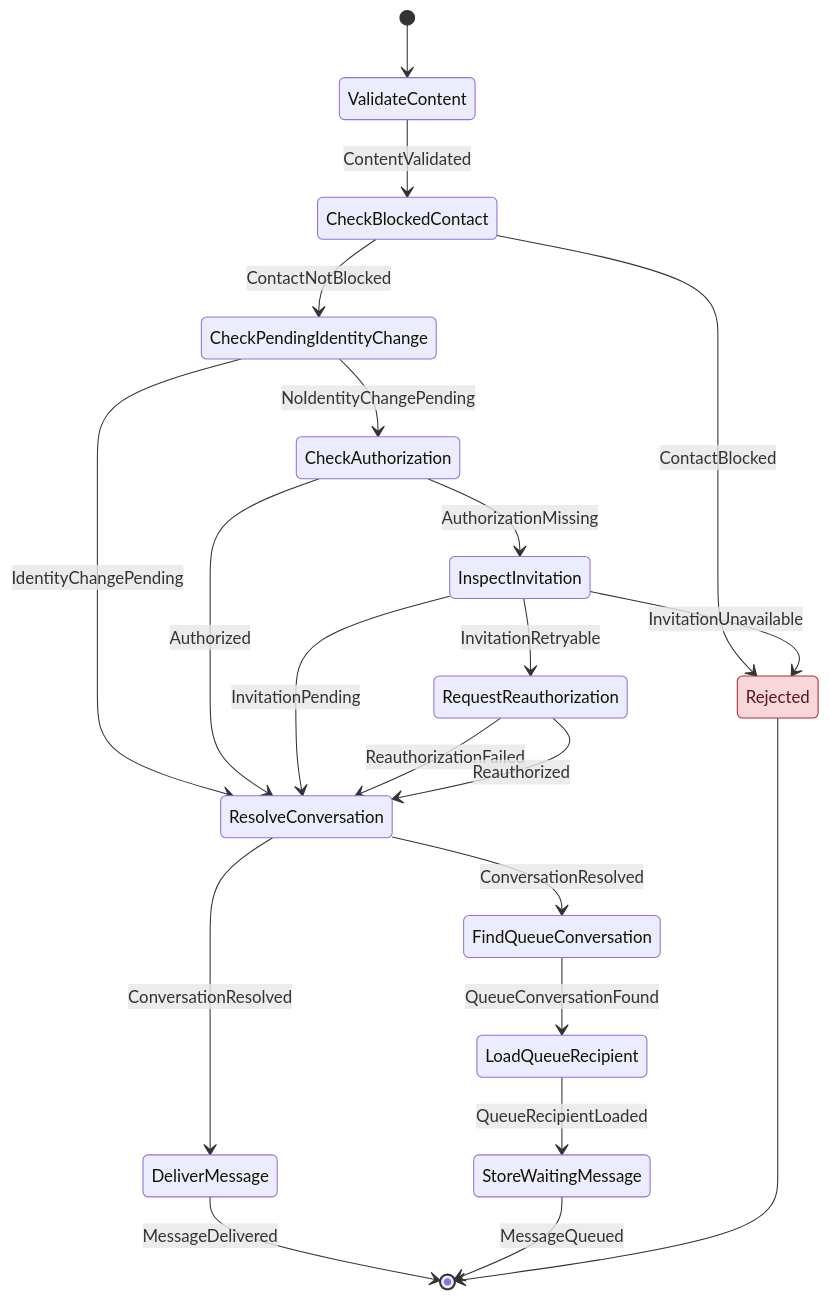
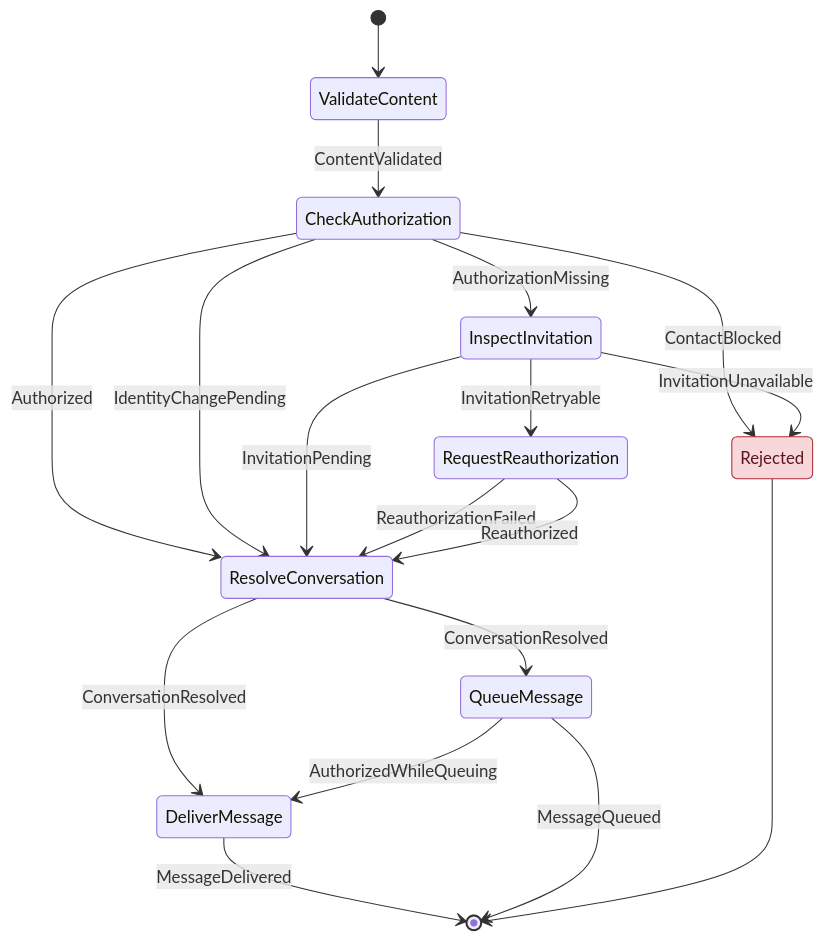
The ninth of 27 diagrams in docs/architecture/workflows/message.md (cbgm/Sparrow), drawn with Mermaid before and after one commit. The commit also changed other lines of this file and 377 other files, not shown here.

````diff
--- a/docs/architecture/workflows/message.md
+++ b/docs/architecture/workflows/message.md
@@ -203,25 +275,22 @@
 ```mermaid
 stateDiagram-v2
     [*] --> ValidateContent
-    ValidateContent --> CheckBlockedContact : ContentValidated
-    CheckBlockedContact --> Rejected : ContactBlocked
-    CheckBlockedContact --> CheckPendingIdentityChange : ContactNotBlocked
-    CheckPendingIdentityChange --> ResolveConversation : IdentityChangePending
-    CheckPendingIdentityChange --> CheckAuthorization : NoIdentityChangePending
+    ValidateContent --> CheckAuthorization : ContentValidated
     CheckAuthorization --> InspectInvitation : AuthorizationMissing
     CheckAuthorization --> ResolveConversation : Authorized
+    CheckAuthorization --> Rejected : ContactBlocked
+    CheckAuthorization --> ResolveConversation : IdentityChangePending
     InspectInvitation --> ResolveConversation : InvitationPending
     InspectInvitation --> RequestReauthorization : InvitationRetryable
     InspectInvitation --> Rejected : InvitationUnavailable
     RequestReauthorization --> ResolveConversation : ReauthorizationFailed
     RequestReauthorization --> ResolveConversation : Reauthorized
     ResolveConversation --> DeliverMessage : ConversationResolved
-    ResolveConversation --> FindQueueConversation : ConversationResolved
+    ResolveConversation --> QueueMessage : ConversationResolved
     DeliverMessage --> [*] : MessageDelivered
-    FindQueueConversation --> LoadQueueRecipient : QueueConversationFound
-    LoadQueueRecipient --> StoreWaitingMessage : QueueRecipientLoaded
-    StoreWaitingMessage --> [*] : MessageQueued
+    QueueMessage --> DeliverMessage : AuthorizedWhileQueuing
+    QueueMessage --> [*] : MessageQueued
     Rejected --> [*]
     classDef reject fill:#f8d7da,stroke:#b02a37,color:#58151c
     class Rejected reject
 ```
````
